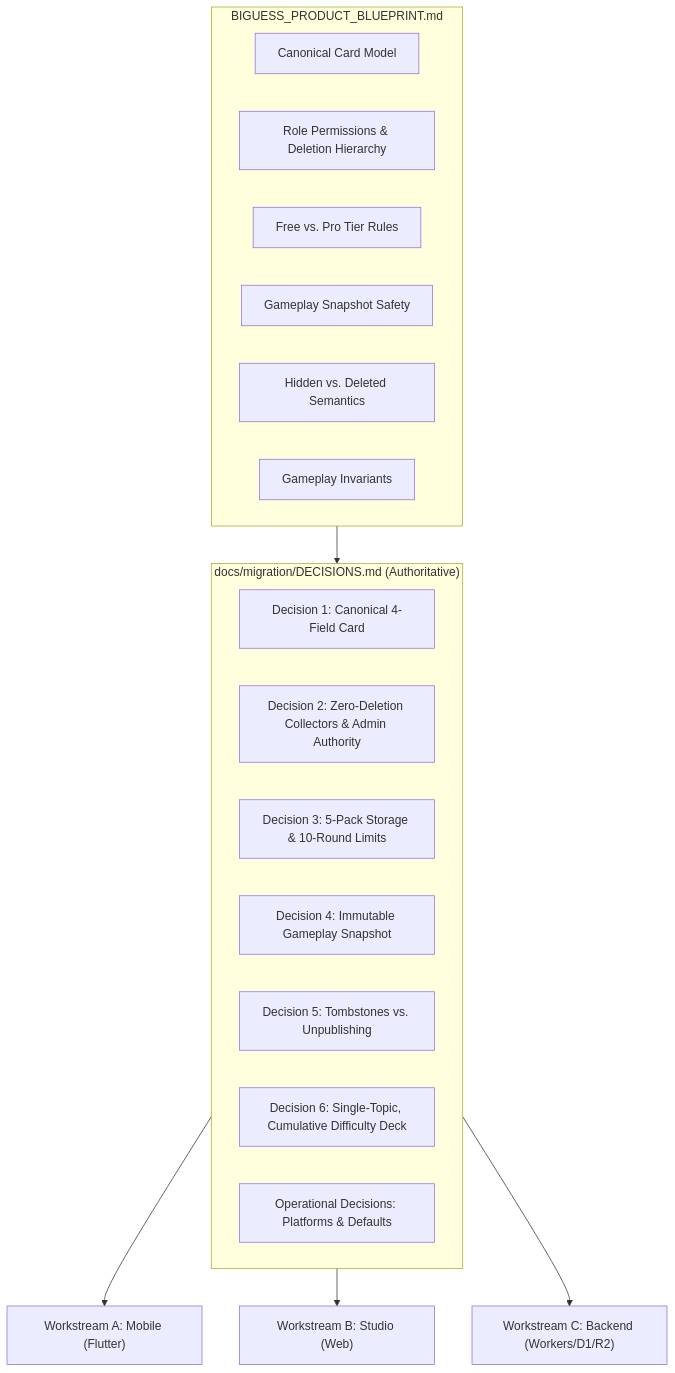
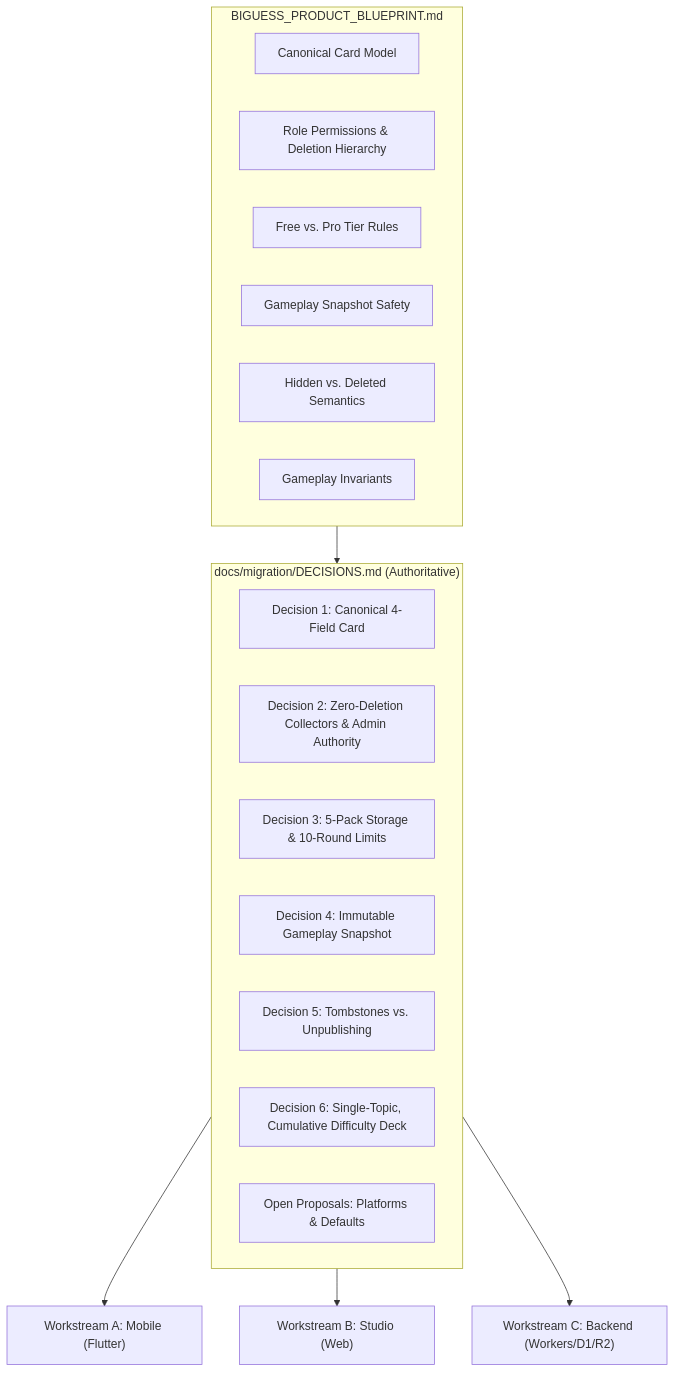
One commit to AbderrahmaneSAOUDI/BiGuess-Game changed the first of 3 diagrams in docs/migration/DECISIONS.md. Above: the diagram before and after it, drawn with Mermaid. The commit also changed other lines of this file and 8 other files, not shown here.

````diff
--- a/docs/migration/DECISIONS.md
+++ b/docs/migration/DECISIONS.md
@@ -17,26 +17,26 @@
 ```mermaid
 flowchart TD
     subgraph Blueprint ["BIGUESS_PRODUCT_BLUEPRINT.md"]
         BC["Canonical Card Model"]
         BR["Role Permissions & Deletion Hierarchy"]
         BT["Free vs. Pro Tier Rules"]
         BS["Gameplay Snapshot Safety"]
         BH["Hidden vs. Deleted Semantics"]
         BI["Gameplay Invariants"]
     end
     
     subgraph Contracts ["docs/migration/DECISIONS.md (Authoritative)"]
         D1["Decision 1: Canonical 4-Field Card"]
         D2["Decision 2: Zero-Deletion Collectors & Admin Authority"]
         D3["Decision 3: 5-Pack Storage & 10-Round Limits"]
         D4["Decision 4: Immutable Gameplay Snapshot"]
         D5["Decision 5: Tombstones vs. Unpublishing"]
         D6["Decision 6: Single-Topic, Cumulative Difficulty Deck"]
-        D7["Operational Decisions: Platforms & Defaults"]
+        D7["Open Proposals: Platforms & Defaults"]
     end
 
     Blueprint --> Contracts
     Contracts --> WA["Workstream A: Mobile (Flutter)"]
     Contracts --> WB["Workstream B: Studio (Web)"]
     Contracts --> WC["Workstream C: Backend (Workers/D1/R2)"]
 ```
````
